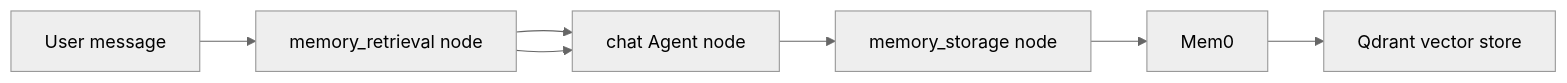
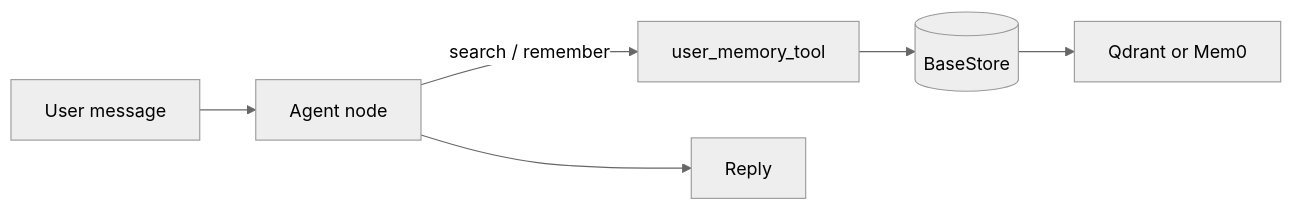
The diagram in src/content/docs/tutorials/from-examples/memory.md (10xHub/agentflow-docs), drawn with Mermaid (neutral theme) before and after one commit. The commit also changed other lines of this file and 248 other files, not shown here.

````diff
--- a/src/content/docs/tutorials/from-examples/memory.md
+++ b/src/content/docs/tutorials/from-examples/memory.md
@@ -47,9 +36,8 @@
 ```mermaid
 flowchart LR
-    A[User message] --> B[memory_retrieval node]
-    B --> C[chat Agent node]
-    C --> D[memory_storage node]
-    D --> E[Mem0]
-    E --> F[Qdrant vector store]
-    B --> C
+    A[User message] --> B[Agent node]
+    B -->|search / remember| C[user_memory_tool]
+    C --> D[(BaseStore)]
+    D --> E[Qdrant or Mem0]
+    B --> F[Reply]
 ```
````
